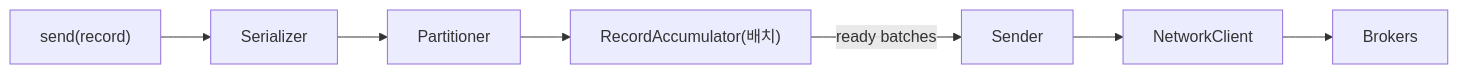
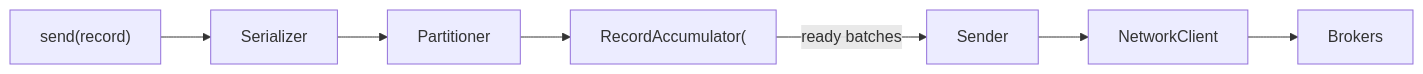
The first of 21 diagrams in _posts/kafka/2026-05-01-kafka-internals.md (yjkim2015/yjkim2015.github.io), drawn with Mermaid before and after one commit. The commit also changed other lines of this file and 271 other files, not shown here.

First line of the commit message:
Mermaid 라벨 축소: 긴 노드 텍스트 18자 이하로 트림 + \n 제거

````diff
--- a/_posts/kafka/2026-05-01-kafka-internals.md
+++ b/_posts/kafka/2026-05-01-kafka-internals.md
@@ -18,7 +18,7 @@
 ```mermaid
 graph LR
     SEND["send(record)"] --> SER["Serializer"] --> PART["Partitioner"]
-    PART --> ACC["RecordAccumulator(배치)"]
+    PART --> ACC["RecordAccumulator("]
     ACC -->|"ready batches"| SENDER["Sender"]
     SENDER --> NC["NetworkClient"] --> BROKERS["Brokers"]
 ```
````
